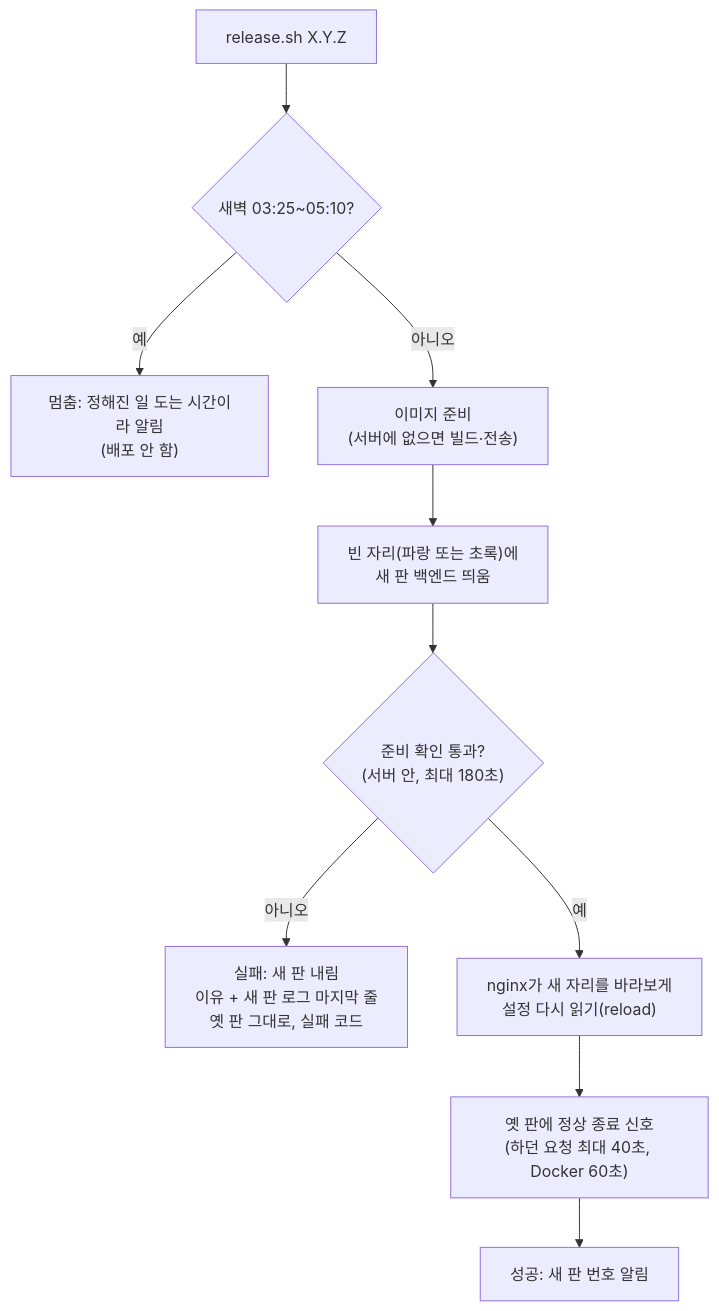
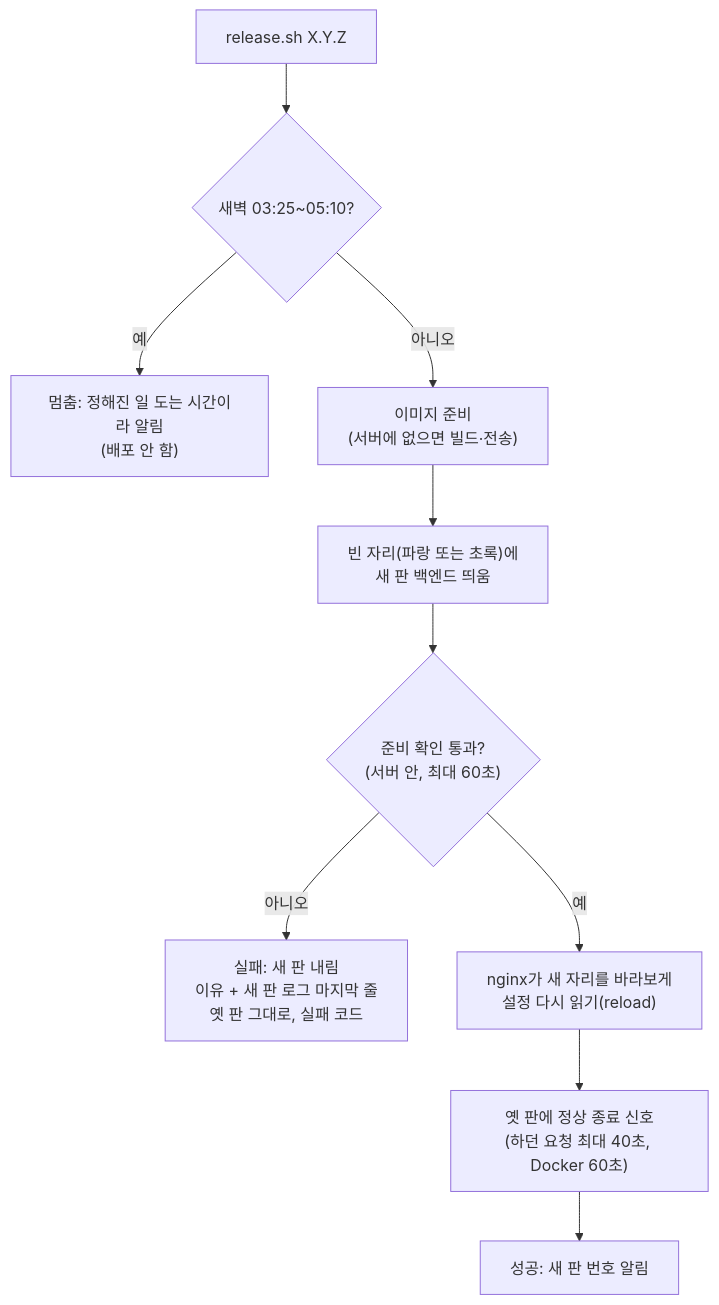
Before and after one commit to hodu-sketch/chaekcheck-plan: the first of 2 diagrams in docs/cycles/27-zero-downtime-deploy/flow.md, drawn with Mermaid. The commit also changed other lines of this file and 7 other files, not shown here.

````diff
--- a/docs/cycles/27-zero-downtime-deploy/flow.md
+++ b/docs/cycles/27-zero-downtime-deploy/flow.md
@@ -7,12 +7,12 @@
 ```mermaid
 flowchart TD
   D0["release.sh X.Y.Z"] --> D1{"새벽 03:25~05:10?"}
   D1 -->|예| X1["멈춤: 정해진 일 도는 시간이라 알림<br/>(배포 안 함)"]
   D1 -->|아니오| D2["이미지 준비<br/>(서버에 없으면 빌드·전송)"]
   D2 --> D3["빈 자리(파랑 또는 초록)에<br/>새 판 백엔드 띄움"]
-  D3 --> D4{"준비 확인 통과?<br/>(서버 안, 최대 180초)"}
+  D3 --> D4{"준비 확인 통과?<br/>(서버 안, 최대 60초)"}
   D4 -->|아니오| X2["실패: 새 판 내림<br/>이유 + 새 판 로그 마지막 줄<br/>옛 판 그대로, 실패 코드"]
   D4 -->|예| D5["nginx가 새 자리를 바라보게<br/>설정 다시 읽기(reload)"]
   D5 --> D6["옛 판에 정상 종료 신호<br/>(하던 요청 최대 40초, Docker 60초)"]
   D6 --> D7["성공: 새 판 번호 알림"]
 ```
````
